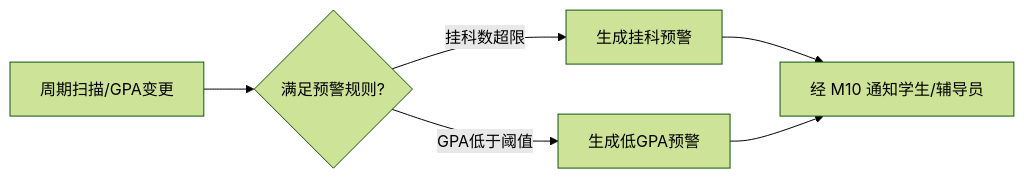
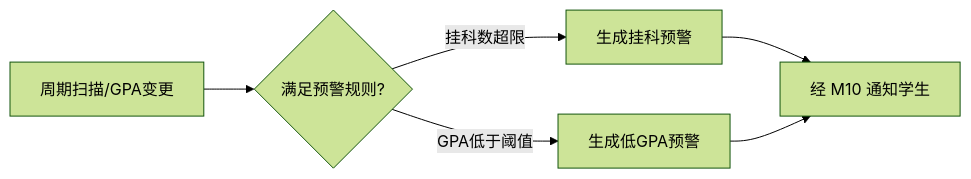
The fourth of 6 diagrams in docs/11-成绩中心/05-业务流程与状态机.md (menghuishisan/CHAIMIR), drawn with Mermaid (forest theme) before and after one commit. The commit also changed other lines of this file and 340 other files, not shown here.

````diff
--- a/docs/11-成绩中心/05-业务流程与状态机.md
+++ b/docs/11-成绩中心/05-业务流程与状态机.md
@@ -78,8 +81,8 @@
 ```mermaid
 flowchart LR
     A[周期扫描/GPA变更] --> B{满足预警规则?}
     B -->|挂科数超限| C[生成挂科预警]
     B -->|GPA低于阈值| D[生成低GPA预警]
-    C --> E[经 M10 通知学生/辅导员]
+    C --> E[经 M10 通知学生]
     D --> E
 ```
````
